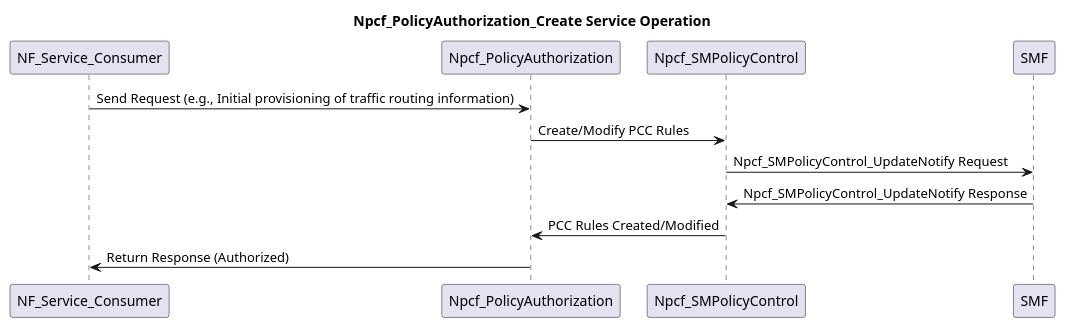
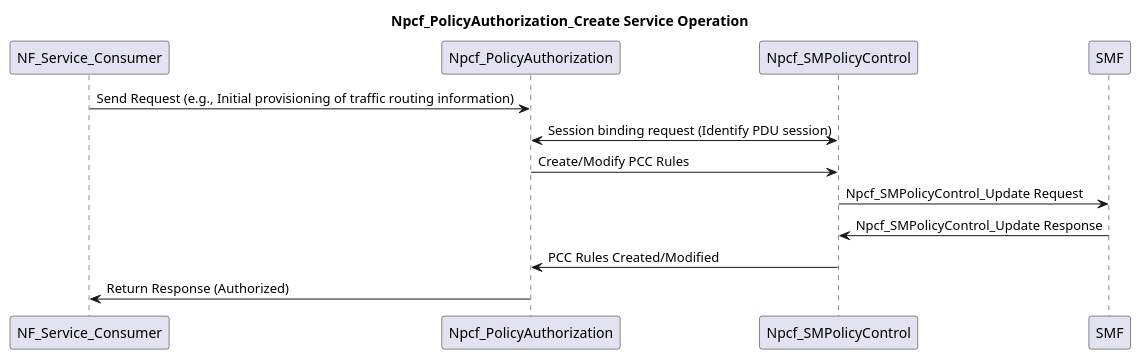
The diagram in docs/diagrams/sequence_traffic_routing_and_service_function_chaining.puml (openairinterface/oai-cn5g-pcf), drawn with PlantUML before and after one commit. The commit also changed 16 other files, not shown here.

```diff
--- a/docs/diagrams/sequence_traffic_routing_and_service_function_chaining.puml
+++ b/docs/diagrams/sequence_traffic_routing_and_service_function_chaining.puml
@@ -1,16 +1,17 @@
 @startuml
 title Npcf_PolicyAuthorization_Create Service Operation
 
 participant NF_Service_Consumer
 participant Npcf_PolicyAuthorization
 participant Npcf_SMPolicyControl
 participant SMF
 
 NF_Service_Consumer -> Npcf_PolicyAuthorization: Send Request (e.g., Initial provisioning of traffic routing information)
+Npcf_PolicyAuthorization <-> Npcf_SMPolicyControl: Session binding request (Identify PDU session)
 Npcf_PolicyAuthorization -> Npcf_SMPolicyControl: Create/Modify PCC Rules
-Npcf_SMPolicyControl -> SMF: Npcf_SMPolicyControl_UpdateNotify Request
-Npcf_SMPolicyControl <- SMF: Npcf_SMPolicyControl_UpdateNotify Response
+Npcf_SMPolicyControl -> SMF: Npcf_SMPolicyControl_Update Request
+Npcf_SMPolicyControl <- SMF: Npcf_SMPolicyControl_Update Response
 Npcf_SMPolicyControl -> Npcf_PolicyAuthorization: PCC Rules Created/Modified
 Npcf_PolicyAuthorization -> NF_Service_Consumer: Return Response (Authorized)
 
 @enduml
```
